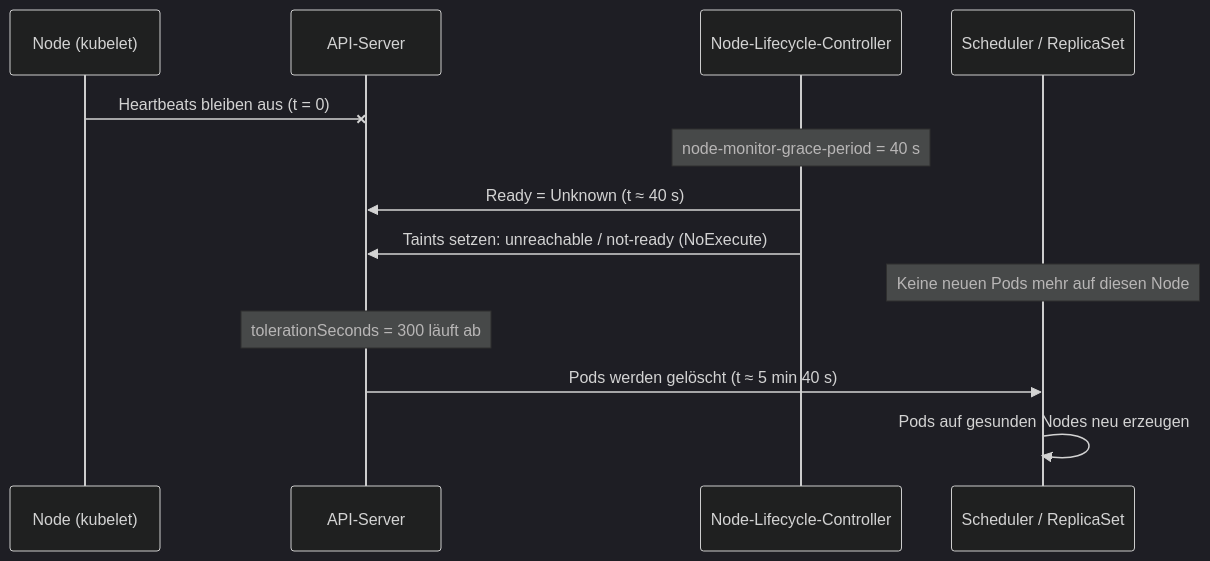
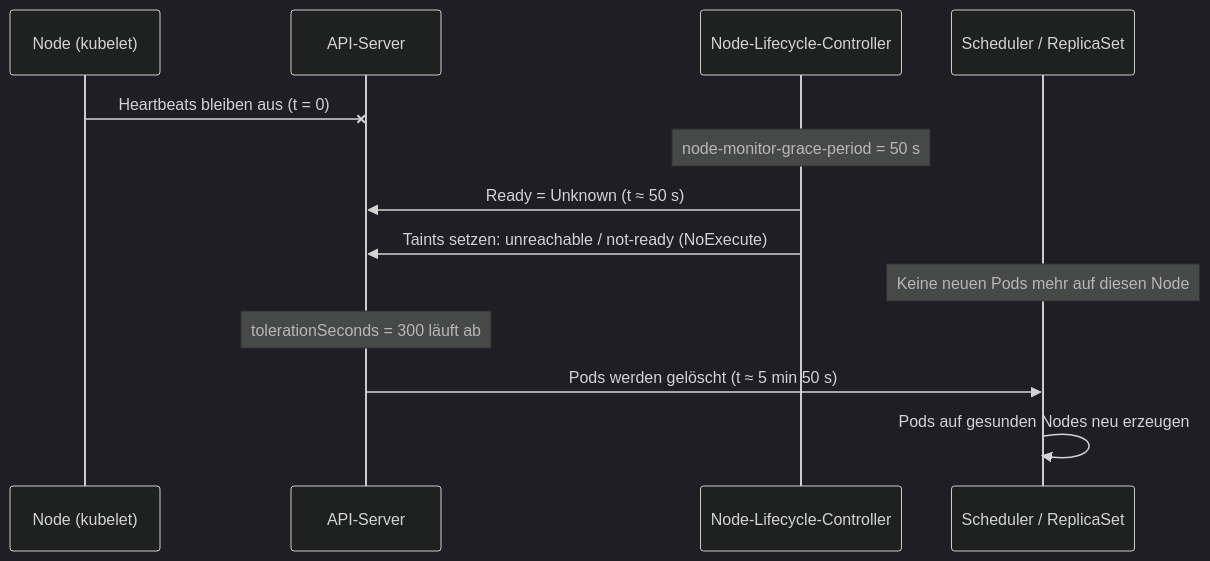
One commit to jmetzger/training-kubernetes-einfuehrung changed the second of 2 diagrams in tipps-tricks/node-ausfall-erkennung.md. Above: the diagram before and after it, drawn with Mermaid (dark theme). The commit also changed other lines of this file and 4 other files, not shown here.

````diff
--- a/tipps-tricks/node-ausfall-erkennung.md
+++ b/tipps-tricks/node-ausfall-erkennung.md
@@ -30,16 +30,16 @@
 ```mermaid
 sequenceDiagram
     participant N as Node (kubelet)
     participant A as API-Server
     participant C as Node-Lifecycle-Controller
     participant S as Scheduler / ReplicaSet
 
     N-xA: Heartbeats bleiben aus (t = 0)
-    Note over C: node-monitor-grace-period = 40 s
-    C->>A: Ready = Unknown (t ≈ 40 s)
+    Note over C: node-monitor-grace-period = 50 s
+    C->>A: Ready = Unknown (t ≈ 50 s)
     C->>A: Taints setzen: unreachable / not-ready (NoExecute)
     Note over S: Keine neuen Pods mehr auf diesen Node
     Note over A: tolerationSeconds = 300 läuft ab
-    A->>S: Pods werden gelöscht (t ≈ 5 min 40 s)
+    A->>S: Pods werden gelöscht (t ≈ 5 min 50 s)
     S->>S: Pods auf gesunden Nodes neu erzeugen
 ```
````
